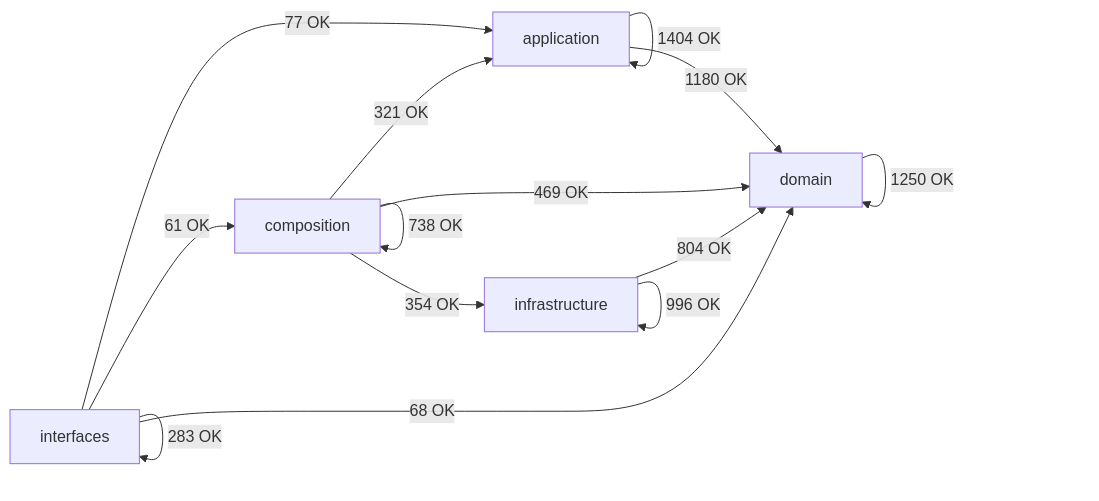
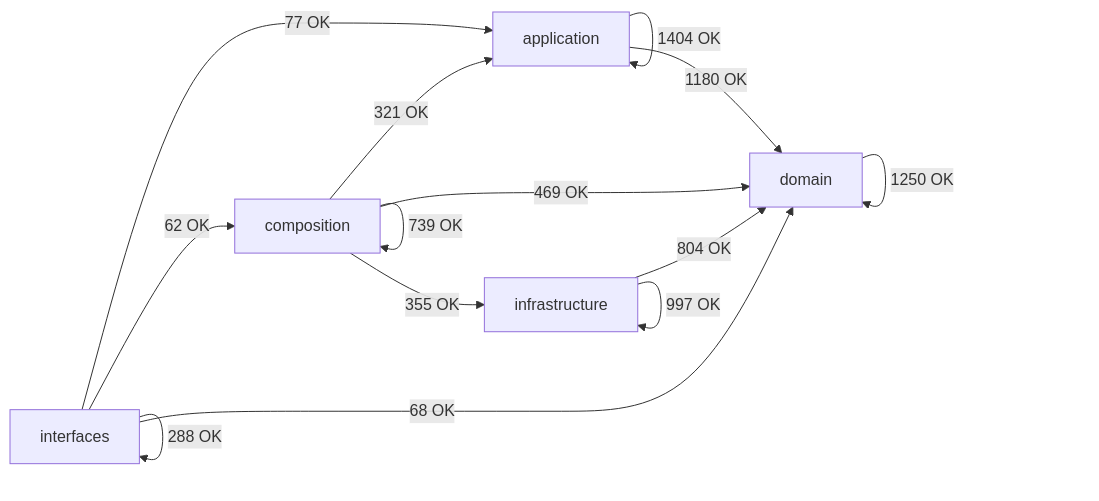
The diagram in docs/02-architecture/generated/module-dependency-map.md (SatoryKono/BioactivityDataAcquisition), drawn with Mermaid before and after one commit. The commit also changed other lines of this file and 62 other files, not shown here.

````diff
--- a/docs/02-architecture/generated/module-dependency-map.md
+++ b/docs/02-architecture/generated/module-dependency-map.md
@@ -17,21 +17,21 @@
 ```mermaid
 flowchart LR
     domain[domain]
     application[application]
     infrastructure[infrastructure]
     composition[composition]
     interfaces[interfaces]
     application -->|1404 OK| application
     application -->|1180 OK| domain
     composition -->|321 OK| application
-    composition -->|738 OK| composition
+    composition -->|739 OK| composition
     composition -->|469 OK| domain
-    composition -->|354 OK| infrastructure
+    composition -->|355 OK| infrastructure
     domain -->|1250 OK| domain
     infrastructure -->|804 OK| domain
-    infrastructure -->|996 OK| infrastructure
+    infrastructure -->|997 OK| infrastructure
     interfaces -->|77 OK| application
-    interfaces -->|61 OK| composition
+    interfaces -->|62 OK| composition
     interfaces -->|68 OK| domain
-    interfaces -->|283 OK| interfaces
+    interfaces -->|288 OK| interfaces
 ```
````
